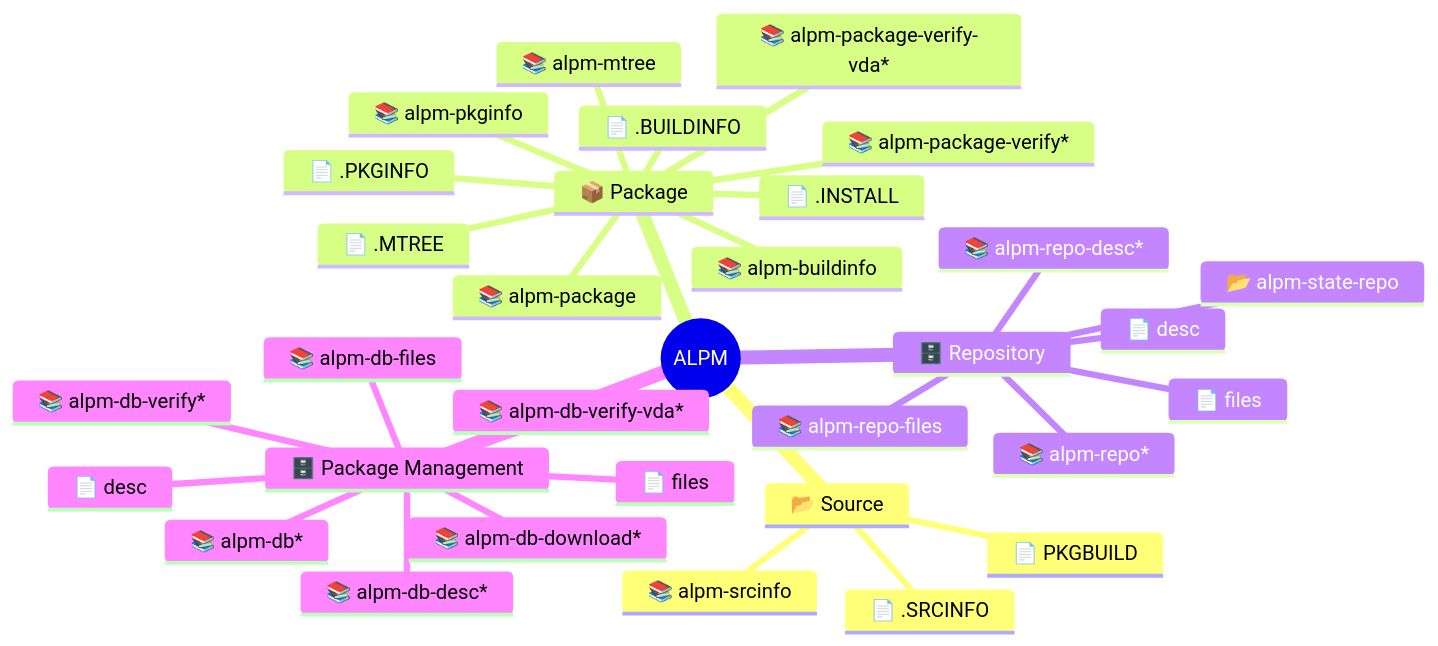
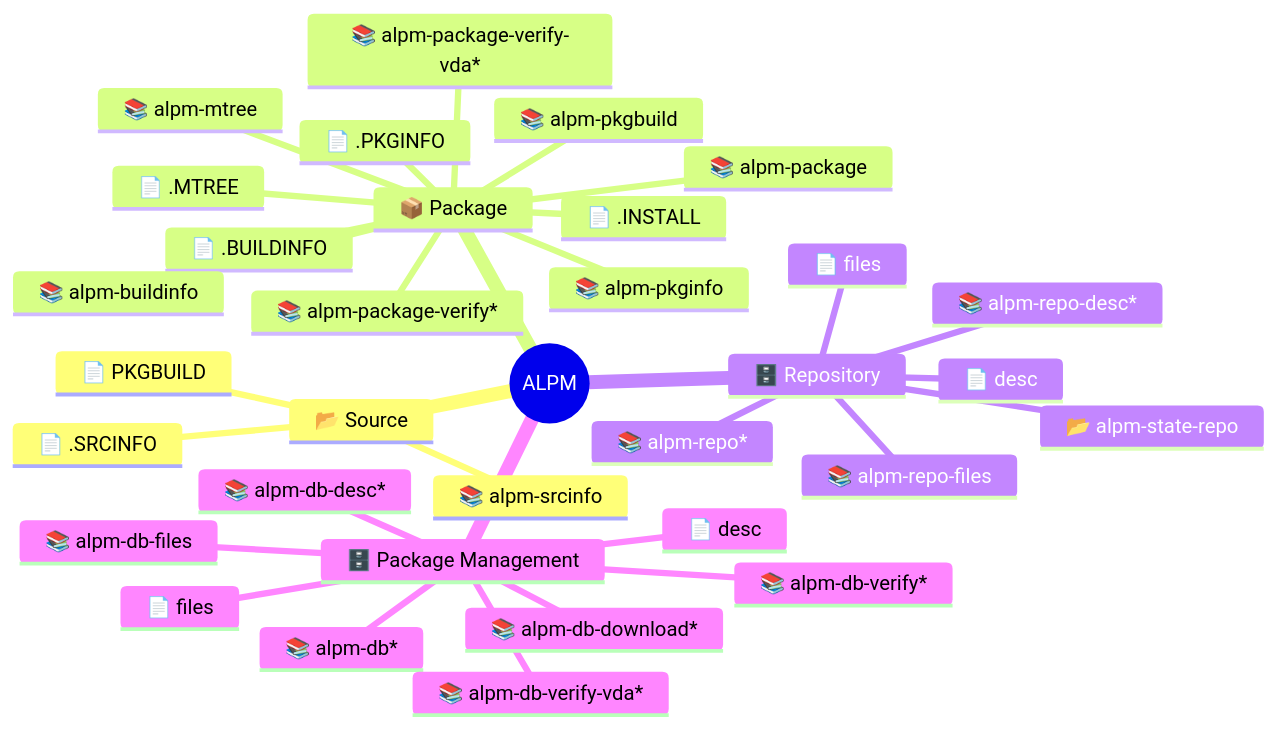
The diagram in README.md (archlinux/alpm), drawn with Mermaid before and after one commit. The commit also changed 7 other files, not shown here.

````diff
--- a/README.md
+++ b/README.md
@@ -23,35 +23,36 @@
 ```mermaid
 mindmap
   root((ALPM))
     📂 Source
       📄 PKGBUILD
       📄 .SRCINFO
       📚️ alpm-srcinfo
     📦 Package
       📄 .BUILDINFO
       📄 .PKGINFO
       📄 .INSTALL
       📄 .MTREE
       📚️ alpm-buildinfo
+      📚️ alpm-pkgbuild
       📚️ alpm-pkginfo
       📚️ alpm-mtree
       📚️ alpm-package
       📚️ alpm-package-verify*
       📚️ alpm-package-verify-vda*
     🗄️ Repository
       📄 desc
       📄 files
       📚️ alpm-repo*
       📚️ alpm-repo-desc*
       📚️ alpm-repo-files
       📂 alpm-state-repo
     🗄️ Package Management
       📄 desc
       📄 files
       📚️ alpm-db*
       📚️ alpm-db-desc*
       📚️ alpm-db-download*
       📚️ alpm-db-files
       📚️ alpm-db-verify*
       📚️ alpm-db-verify-vda*
 ```
````
